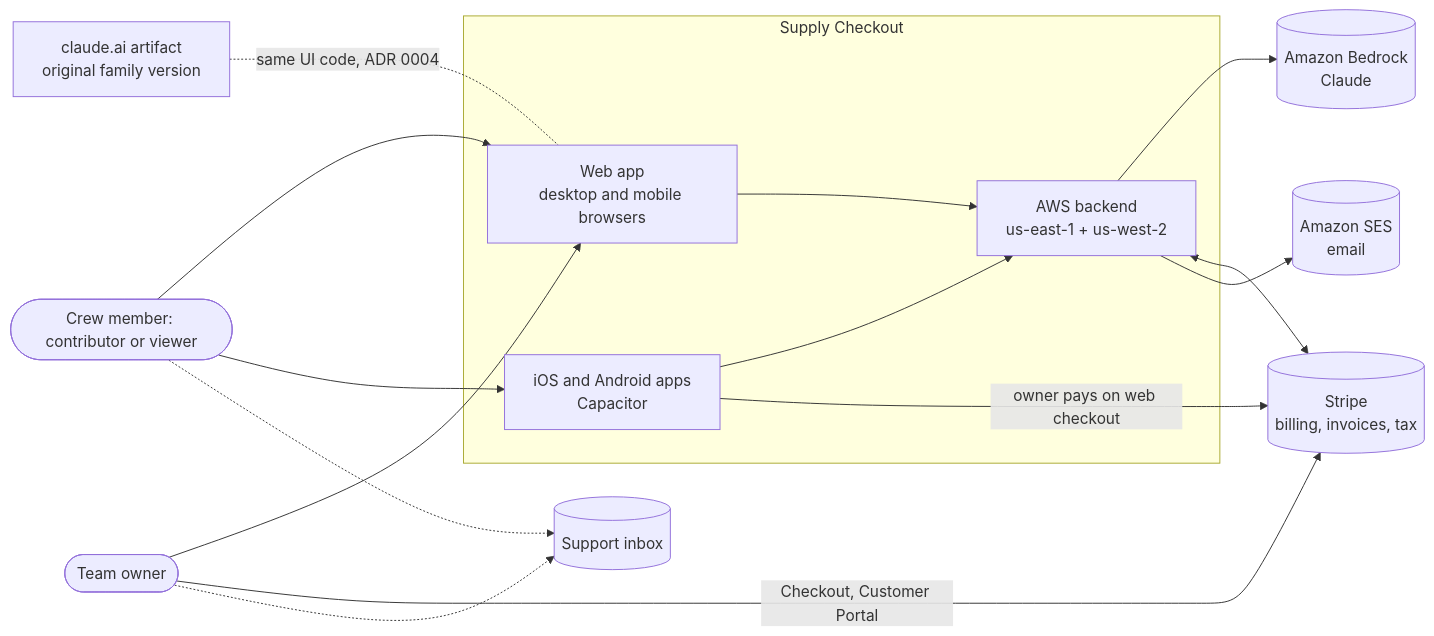
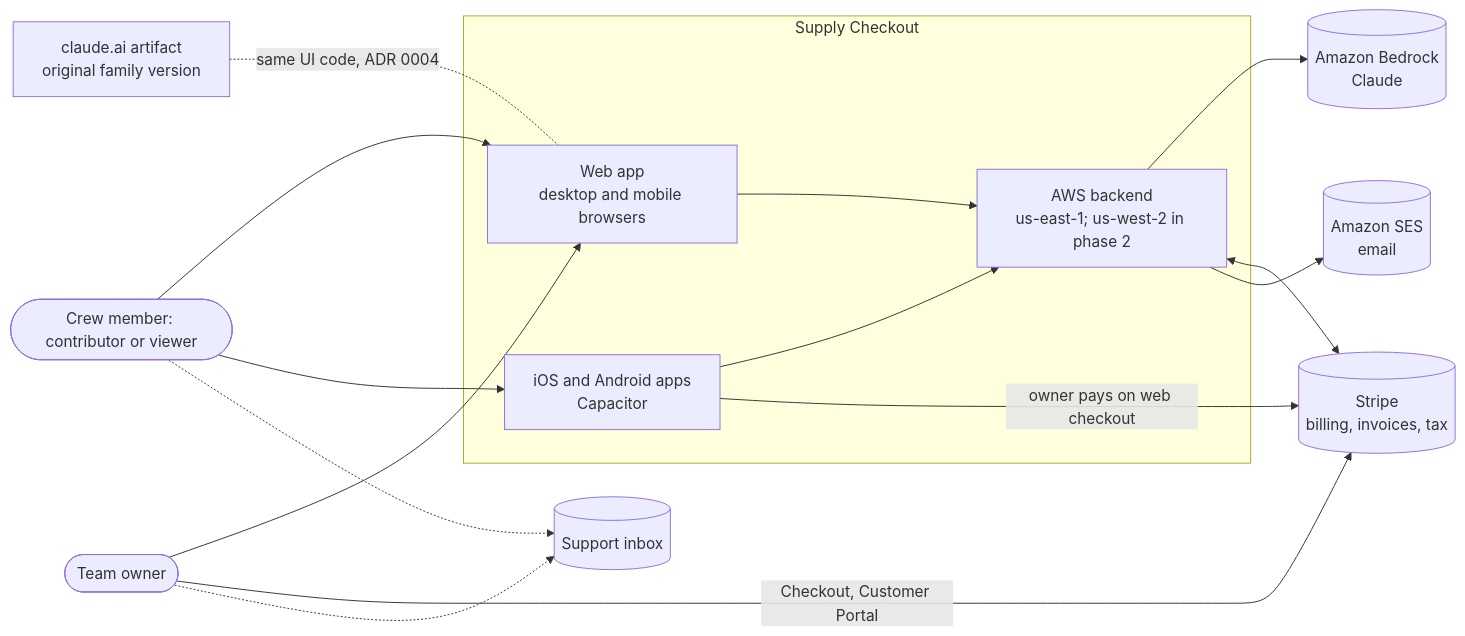
Before and after one commit to davetashner/supply-checkout: the first of 8 diagrams in docs/architecture/README.md, drawn with Mermaid. The commit also changed other lines of this file and 7 other files, not shown here.

````diff
--- a/docs/architecture/README.md
+++ b/docs/architecture/README.md
@@ -9,29 +9,29 @@
 ```mermaid
 flowchart LR
   owner([Team owner])
   crew([Crew member: contributor or viewer])
   subgraph SC[Supply Checkout]
     web[Web app<br/>desktop and mobile browsers]
     apps[iOS and Android apps<br/>Capacitor]
-    backend[AWS backend<br/>us-east-1 + us-west-2]
+    backend[AWS backend<br/>us-east-1; us-west-2 in phase 2]
   end
   stripe[(Stripe<br/>billing, invoices, tax)]
   bedrock[(Amazon Bedrock<br/>Claude)]
   mail[(Amazon SES<br/>email)]
   support[(Support inbox)]
   artifact[claude.ai artifact<br/>original family version]
 
   owner --> web
   crew --> web
   crew --> apps
   web --> backend
   apps --> backend
   backend --> bedrock
   backend <--> stripe
   apps -->|owner pays on web checkout| stripe
   owner -->|Checkout, Customer Portal| stripe
   backend --> mail
   owner -.-> support
   crew -.-> support
   artifact -. same UI code, ADR 0004 .- web
 ```
````
